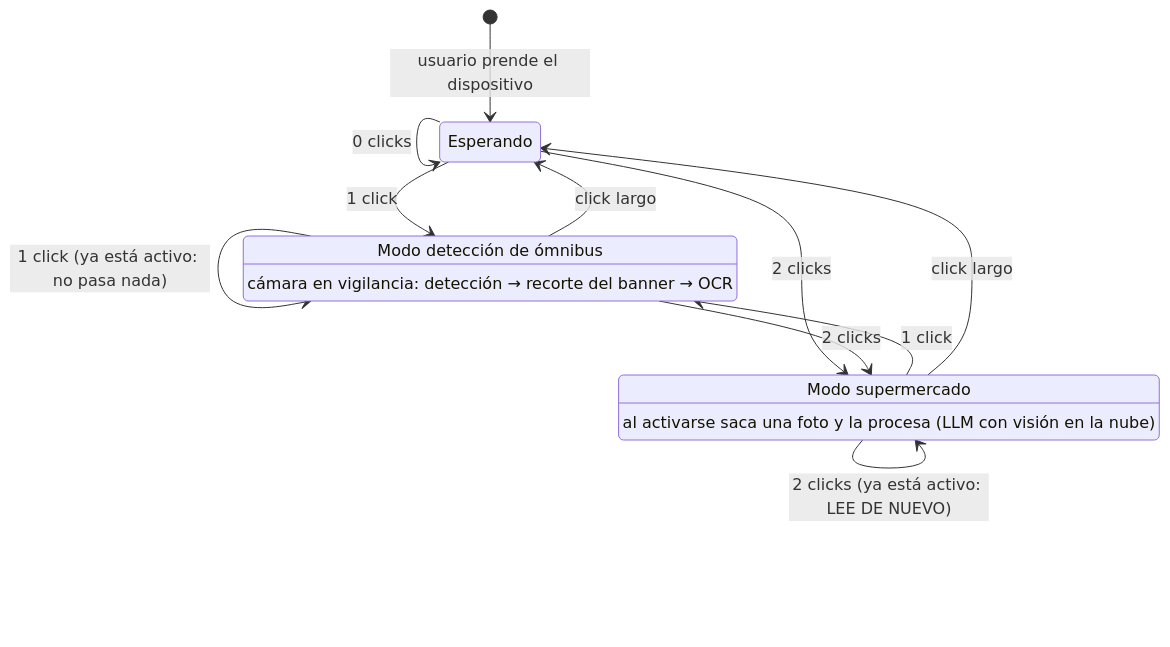
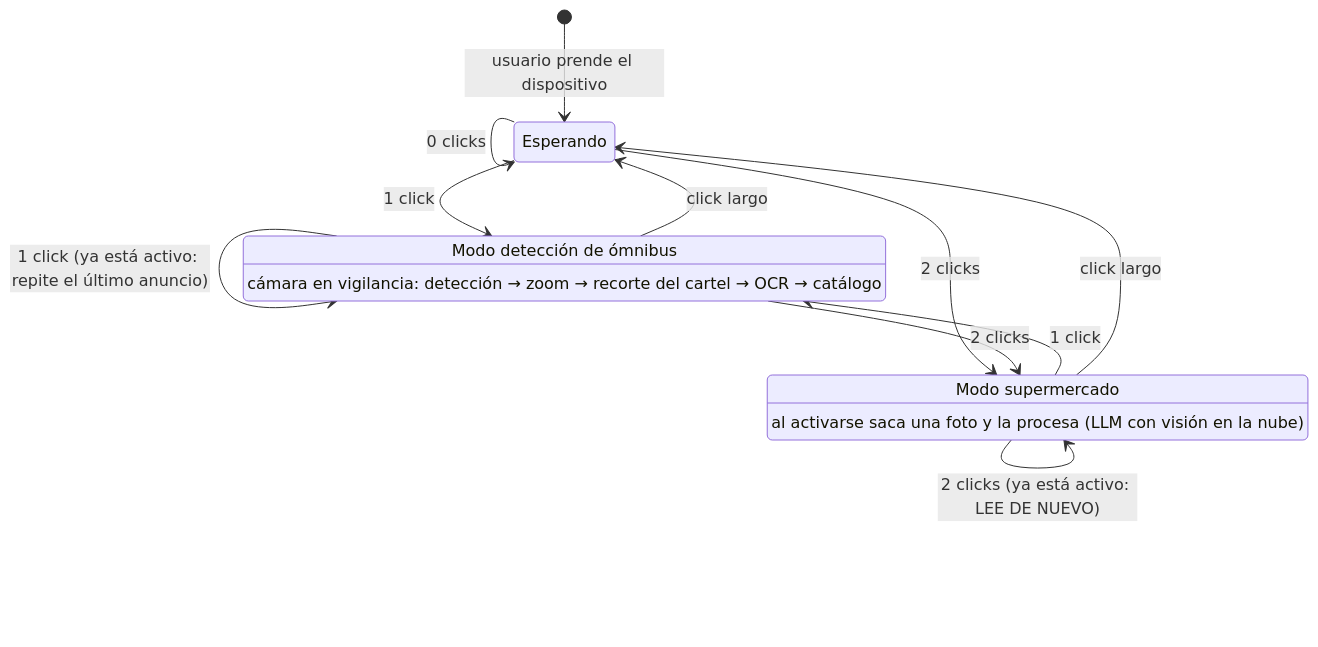
The first of 4 diagrams in docs/architecture/README.md (juanlu-a/viro_vision), drawn with Mermaid before and after one commit. The commit also changed other lines of this file and 57 other files, not shown here.

````diff
--- a/docs/architecture/README.md
+++ b/docs/architecture/README.md
@@ -28,22 +33,22 @@
 ```mermaid
 stateDiagram-v2
     [*] --> Esperando : usuario prende el dispositivo
     Esperando --> Esperando : 0 clicks
 
     Esperando --> ModoOmnibus : 1 click
     Esperando --> ModoSupermercado : 2 clicks
 
     ModoOmnibus : Modo detección de ómnibus
-    ModoOmnibus : cámara en vigilancia: detección → recorte del banner → OCR
+    ModoOmnibus : cámara en vigilancia: detección → zoom → recorte del cartel → OCR → catálogo
     ModoSupermercado : Modo supermercado
     ModoSupermercado : al activarse saca una foto y la procesa (LLM con visión en la nube)
 
     ModoOmnibus --> ModoSupermercado : 2 clicks
     ModoSupermercado --> ModoOmnibus : 1 click
 
-    ModoOmnibus --> ModoOmnibus : 1 click (ya está activo: no pasa nada)
+    ModoOmnibus --> ModoOmnibus : 1 click (ya está activo: repite el último anuncio)
     ModoSupermercado --> ModoSupermercado : 2 clicks (ya está activo: LEE DE NUEVO)
 
     ModoOmnibus --> Esperando : click largo
     ModoSupermercado --> Esperando : click largo
 ```
````
